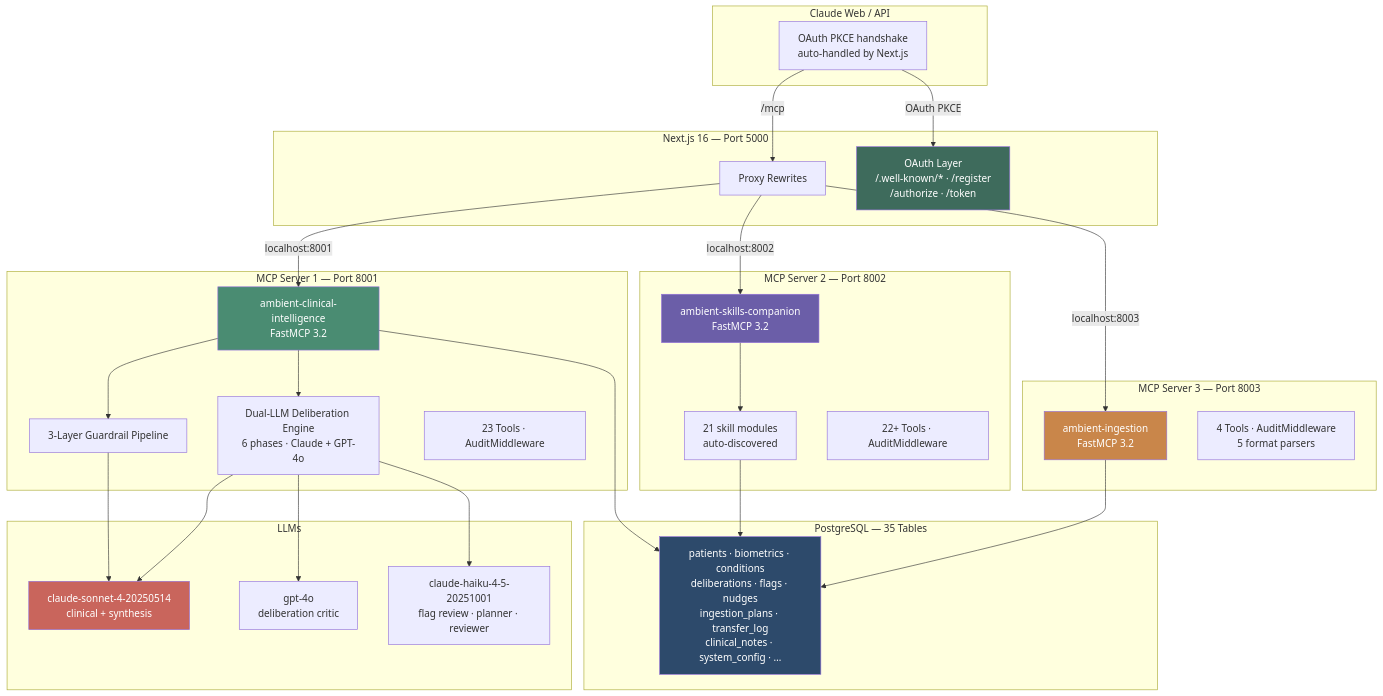
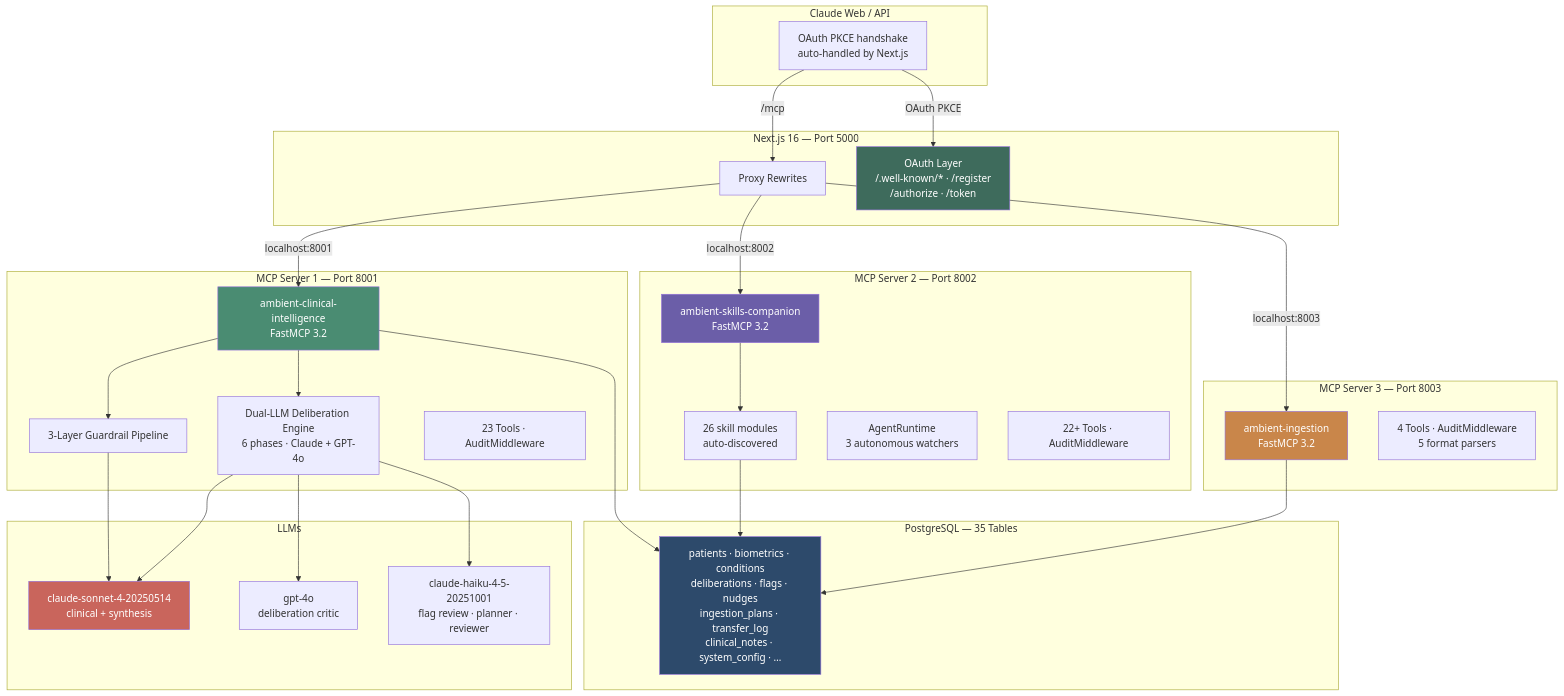
One commit to aliomraniH/ambient-patient-companion changed the second of 7 diagrams in README.md. Above: the diagram before and after it, drawn with Mermaid. The commit also changed other lines of this file and 3 other files, not shown here.

First line of the commit message:
Update documentation and code for enhanced agent runtime and skills server

````diff
--- a/README.md
+++ b/README.md
@@ -57,60 +57,61 @@
 ```mermaid
 graph TB
     subgraph "Claude Web / API"
         CW["OAuth PKCE handshake<br/>auto-handled by Next.js"]
     end
 
     subgraph "Next.js 16 — Port 5000"
         NX["Proxy Rewrites"]
         OA["OAuth Layer<br/>/.well-known/* · /register<br/>/authorize · /token"]
     end
 
     subgraph "MCP Server 1 — Port 8001"
         S1["ambient-clinical-intelligence<br/>FastMCP 3.2"]
         G1["3-Layer Guardrail Pipeline"]
         DE["Dual-LLM Deliberation Engine<br/>6 phases · Claude + GPT-4o"]
         T1["23 Tools · AuditMiddleware"]
     end
 
     subgraph "MCP Server 2 — Port 8002"
         S2["ambient-skills-companion<br/>FastMCP 3.2"]
-        SK["21 skill modules<br/>auto-discovered"]
+        SK["26 skill modules<br/>auto-discovered"]
+        AR["AgentRuntime<br/>3 autonomous watchers"]
         T2["22+ Tools · AuditMiddleware"]
     end
 
     subgraph "MCP Server 3 — Port 8003"
         S3["ambient-ingestion<br/>FastMCP 3.2"]
         T3["4 Tools · AuditMiddleware<br/>5 format parsers"]
     end
 
     subgraph "PostgreSQL — 35 Tables"
         DB["patients · biometrics · conditions<br/>deliberations · flags · nudges<br/>ingestion_plans · transfer_log<br/>clinical_notes · system_config · …"]
     end
 
     subgraph "LLMs"
         AN["claude-sonnet-4-20250514<br/>clinical + synthesis"]
         GP["gpt-4o<br/>deliberation critic"]
         HA["claude-haiku-4-5-20251001<br/>flag review · planner · reviewer"]
     end
 
     CW -->|"OAuth PKCE"| OA
     CW -->|"/mcp"| NX
     NX -->|"localhost:8001"| S1
     NX -->|"localhost:8002"| S2
     NX -->|"localhost:8003"| S3
 
     S1 --> G1 --> AN
     S1 --> DE --> AN
     DE --> GP
     DE --> HA
     S1 --> DB
     S2 --> SK --> DB
     S3 --> DB
 
     style S1 fill:#4A8C72,color:#fff
     style S2 fill:#6B5EA8,color:#fff
     style S3 fill:#C9864A,color:#fff
     style DB fill:#2d4a6b,color:#fff
     style AN fill:#c9655c,color:#fff
     style OA fill:#3E6B5C,color:#fff
 ```
````
